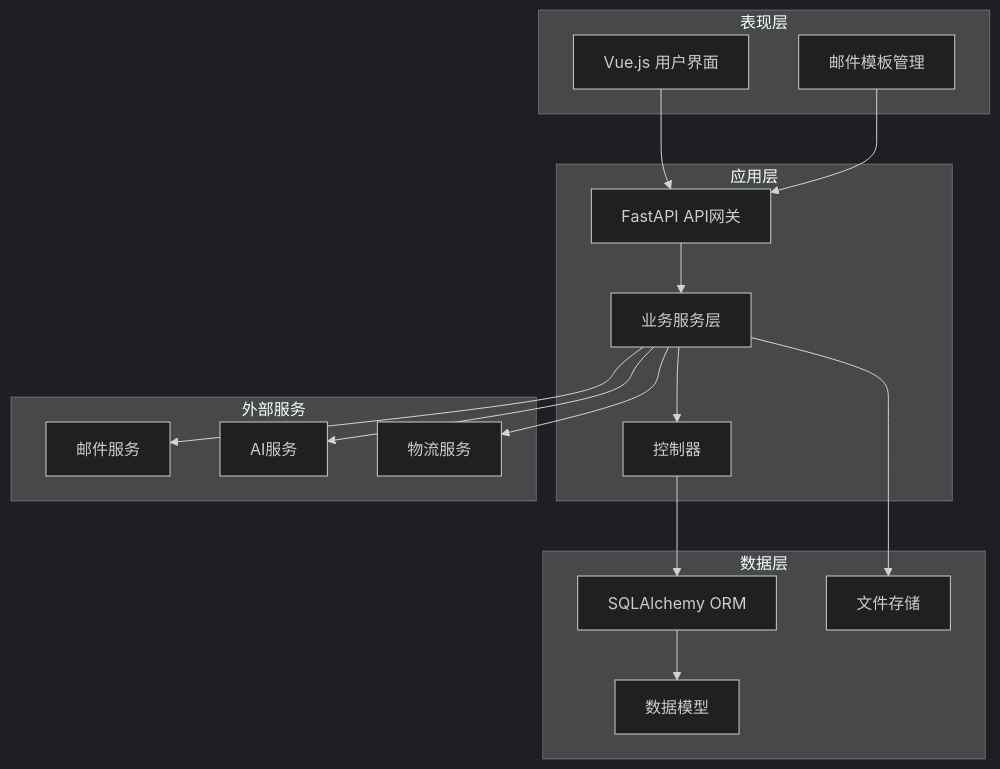
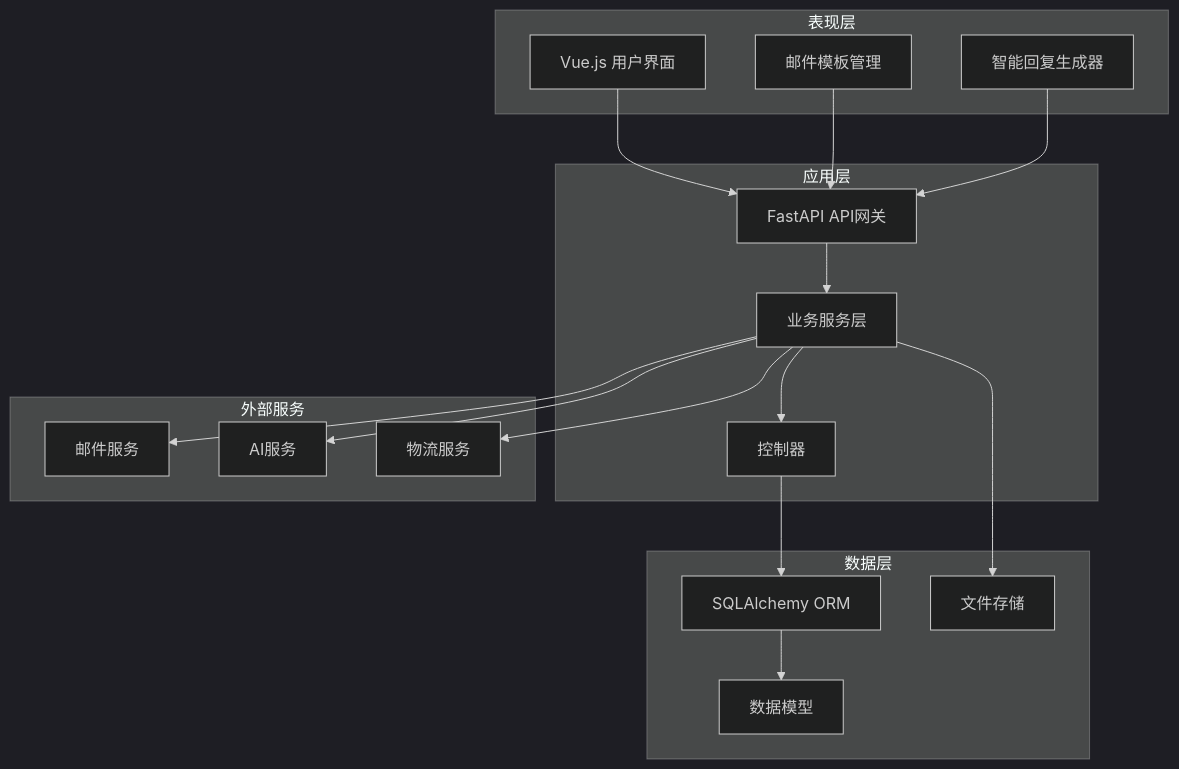
The second of 9 diagrams in .qoder/repowiki/zh/content/开发指南/AI邮件生成系统.md (SY6621/POD-Order-Management), drawn with Mermaid (dark theme) before and after one commit. The commit also changed other lines of this file and 8 other files, not shown here.

````diff
--- a/.qoder/repowiki/zh/content/开发指南/AI邮件生成系统.md
+++ b/.qoder/repowiki/zh/content/开发指南/AI邮件生成系统.md
@@ -130,32 +145,34 @@
 ```mermaid
 graph TD
 subgraph "表现层"
 UI[Vue.js 用户界面]
 Templates[邮件模板管理]
+ReplyGen[智能回复生成器]
 end
 subgraph "应用层"
 API[FastAPI API网关]
 Services[业务服务层]
 Controllers[控制器]
 end
 subgraph "数据层"
 ORM[SQLAlchemy ORM]
 Models[数据模型]
 Storage[文件存储]
 end
 subgraph "外部服务"
 Email[邮件服务]
 AI[AI服务]
 Logistics[物流服务]
 end
 UI --> API
 Templates --> API
+ReplyGen --> API
 API --> Services
 Services --> Controllers
 Controllers --> ORM
 ORM --> Models
 Services --> Storage
 Services --> Email
 Services --> AI
 Services --> Logistics
 ```
````
